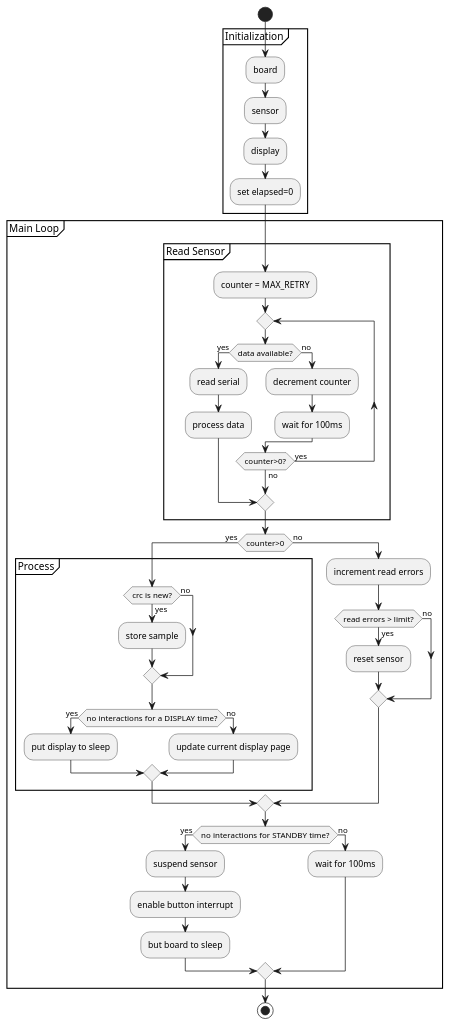
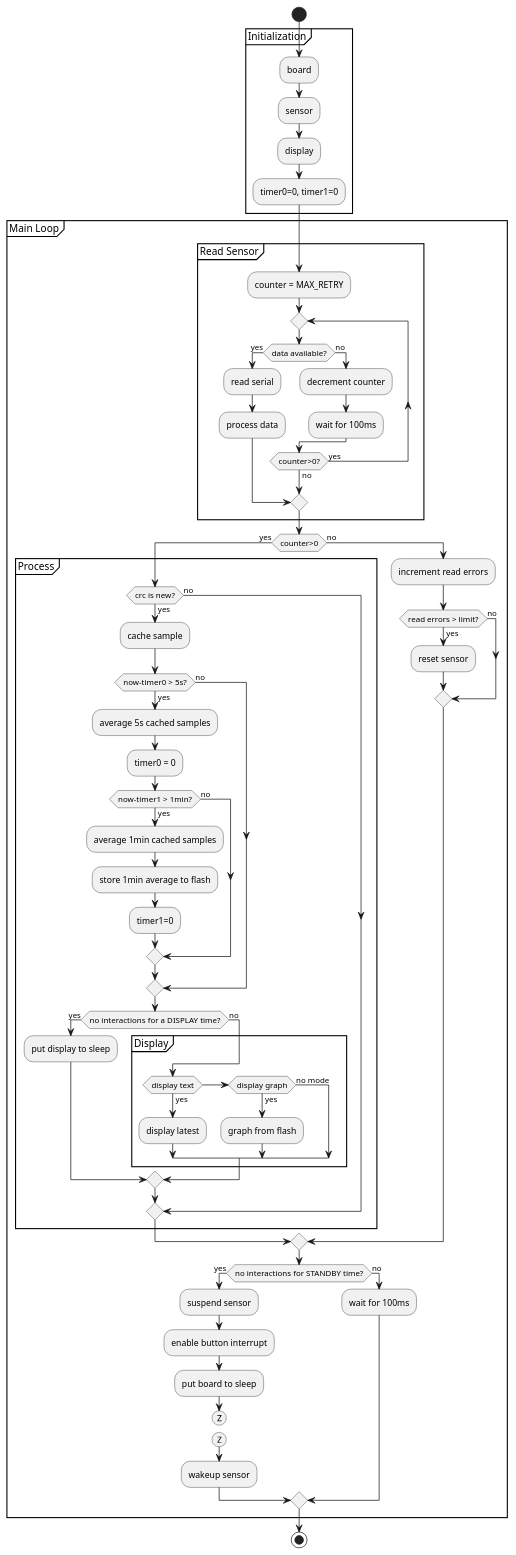
Before and after one commit to flupes/portable_aqi_monitor: the diagram in doc/flow.puml, drawn with PlantUML. The commit also changed 2 other files, not shown here.

```diff
--- a/doc/flow.puml
+++ b/doc/flow.puml
@@ -1,56 +1,78 @@
 @startuml AQI Monitor Control Flow
 start
 partition Initialization {
 :board;
 :sensor;
 :display;
-:set elapsed=0;
+:timer0=0, timer1=0;
 }
 partition "Main Loop" {
   partition "Read Sensor" {
     :counter = MAX_RETRY;
     repeat
       if (data available?) then (yes)
         :read serial;
         :process data;
         break;
       else (no)
         :decrement counter;
         :wait for 100ms;
       endif
     repeat while (counter>0?) is (yes) not (no)
   }
   if (counter>0) then (yes)
 
-    partition "Process" {
+    partition Process {
       if (crc is new?) then (yes)
-        :store sample;
+        :cache sample;
+        if (now-timer0 > 5s?) then (yes)
+          :average 5s cached samples;
+          :timer0 = 0;
+          if (now-timer1 > 1min?) then (yes)
+            :average 1min cached samples;
+            :store 1min average to flash;
+            :timer1=0;
+          else (no)
+          endif
+        else (no)
+        endif
+        if (no interactions for a DISPLAY time?) then (yes)
+          :put display to sleep;
+        else (no)
+          partition Display {
+            if (display text) then (yes)
+              :display latest;
+            elseif (display graph) then (yes)
+              :graph from flash;
+            else (no mode)
+            endif
+          }
+        endif
       else (no)
-      endif
-      if (no interactions for a DISPLAY time?) then (yes)
-        :put display to sleep;
-      else (no)
-        :update current display page;
       endif
     }
 
   else (no)
     :increment read errors;
     if (read errors > limit?) then (yes) 
       :reset sensor;
     else (no)
     endif
   endif
 
   if (no interactions for STANDBY time?) then (yes)
     :suspend sensor;
     :enable button interrupt;
-    :but board to sleep;
+    :put board to sleep;
+    (Z)
+    detach;
+    (Z)
+    :wakeup sensor;
   else (no)
     :wait for 100ms;
   endif
 
 }
 
 stop
 @enduml
```
